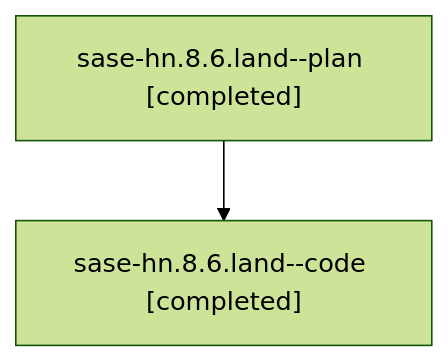
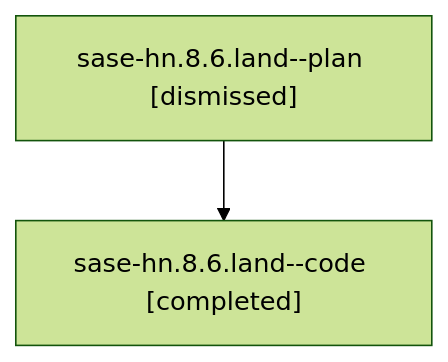
Before and after one commit to sase-org/sase--agents: the diagram in families/bbugyi200.athena.sase-hn.8.6.land.md, drawn with Mermaid (forest theme). The commit also changed other lines of this file and 2170 other files, not shown here.

````diff
--- a/families/bbugyi200.athena.sase-hn.8.6.land.md
+++ b/families/bbugyi200.athena.sase-hn.8.6.land.md
@@ -9,6 +9,6 @@
 ```mermaid
 flowchart TD
-  n0["sase-hn.8.6.land--plan [completed]"]
+  n0["sase-hn.8.6.land--plan [dismissed]"]
   n1["sase-hn.8.6.land--code [completed]"]
   n0 --> n1
 ```
````
